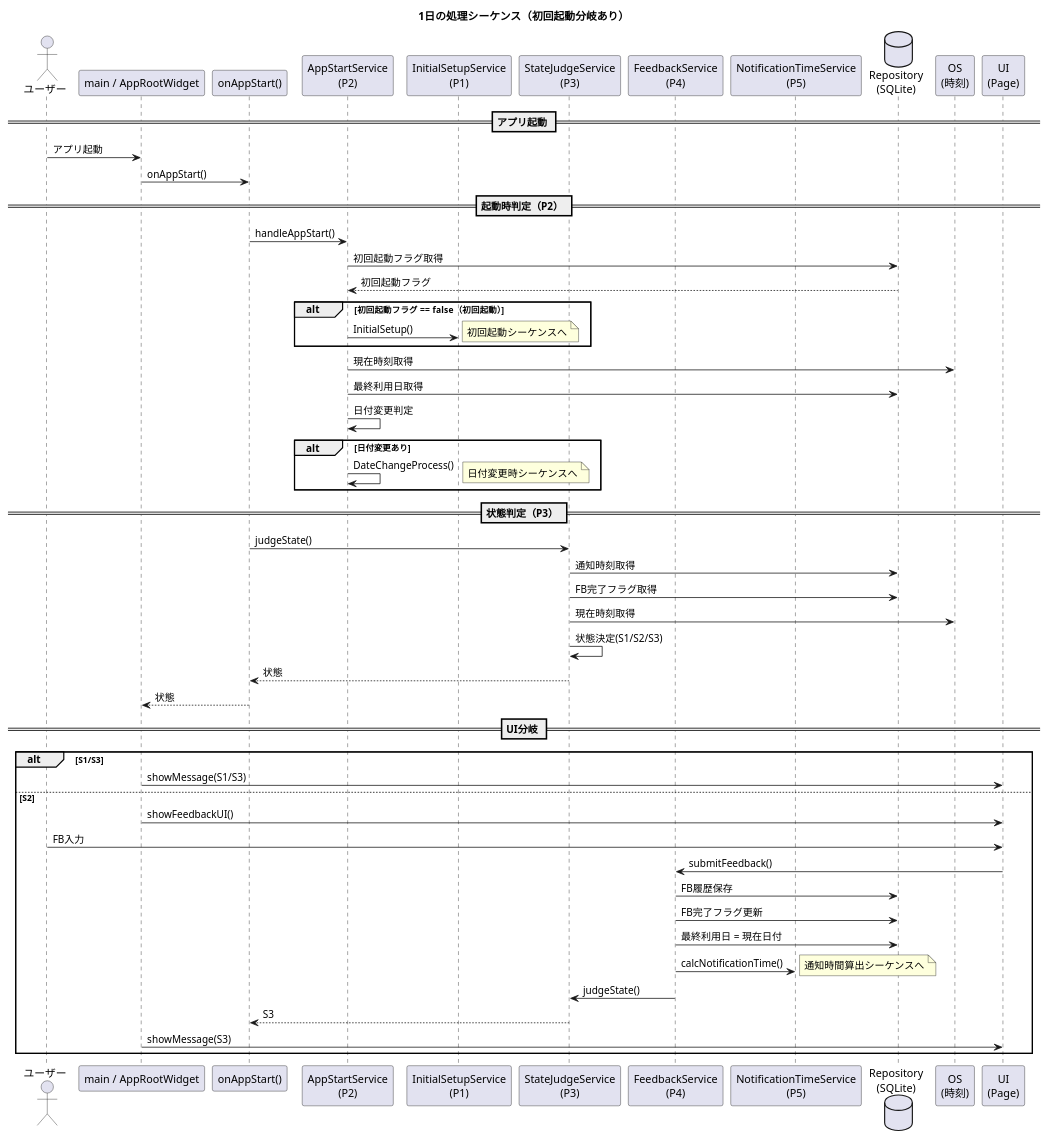
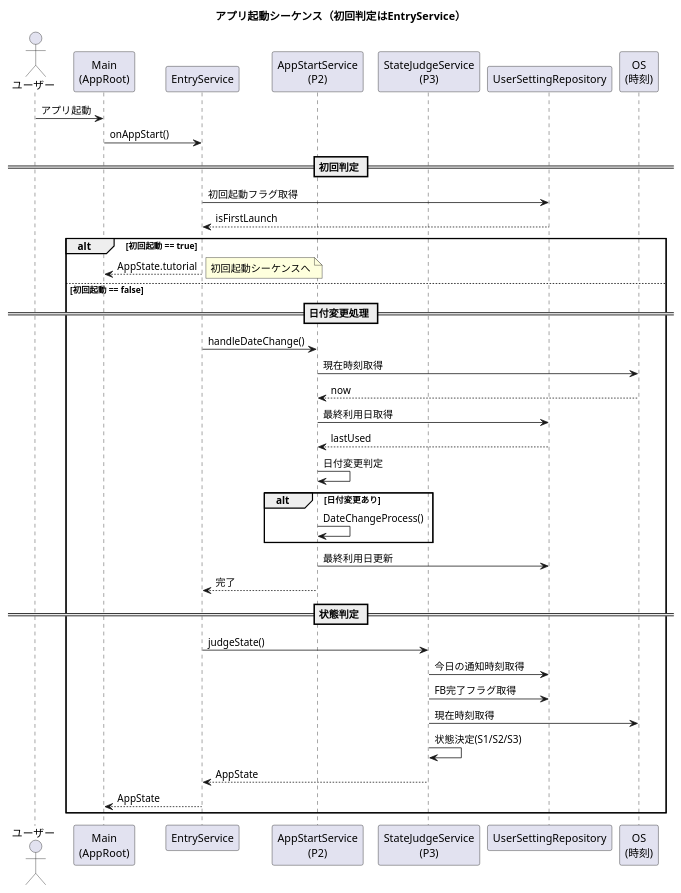
Before and after one commit to akamatrixxx/justtime: the diagram in assets/specifications/詳細設計/シーケンス図/01_アプリ起動時シーケンス.pu, drawn with PlantUML. The commit also changed 6 other files, not shown here.

```diff
--- a/assets/specifications/詳細設計/シーケンス図/01_アプリ起動時シーケンス.pu
+++ b/assets/specifications/詳細設計/シーケンス図/01_アプリ起動時シーケンス.pu
@@ -1,82 +1,60 @@
 @startuml
-title 1日の処理シーケンス（初回起動分岐あり）
+title アプリ起動シーケンス（初回判定はEntryService）
 
 actor ユーザー
-participant "main / AppRootWidget" as Main
-participant "onAppStart()" as Entry
+participant "Main\n(AppRoot)" as Main
+participant "EntryService" as Entry
+
 participant "AppStartService\n(P2)" as P2
-participant "InitialSetupService\n(P1)" as P1
 participant "StateJudgeService\n(P3)" as P3
-participant "FeedbackService\n(P4)" as P4
-participant "NotificationTimeService\n(P5)" as P5
-' participant "NotificationService\n(P6)" as P6
-database "Repository\n(SQLite)" as DB
+participant "UserSettingRepository" as UserRepo
 participant "OS\n(時刻)" as OS_Time
-' participant "OS\n(通知)" as OS_Notify
-participant "UI\n(Page)" as UI
 
-== アプリ起動 ==
 ユーザー -> Main : アプリ起動
 Main -> Entry : onAppStart()
 
-== 起動時判定（P2） ==
-Entry -> P2 : handleAppStart()
+== 初回判定 ==
 
-P2 -> DB : 初回起動フラグ取得
-DB --> P2 : 初回起動フラグ
+Entry -> UserRepo : 初回起動フラグ取得
+UserRepo --> Entry : isFirstLaunch
 
-alt 初回起動フラグ == false（初回起動）
-  P2 -> P1 : InitialSetup()
-  note right
-  初回起動シーケンスへ
-  end note
-end
-  P2 -> OS_Time : 現在時刻取得
-  P2 -> DB : 最終利用日取得
-  P2 -> P2 : 日付変更判定
+alt 初回起動 == true
+    Entry --> Main : AppState.tutorial
+    note right
+    初回起動シーケンスへ
+    end note
+else 初回起動 == false
 
-  alt 日付変更あり
-    P2 -> P2 : DateChangeProcess()
-    note right
-    日付変更時シーケンスへ
-    end note
-  end
+    == 日付変更処理 ==
 
+    Entry -> P2 : handleDateChange()
 
-== 状態判定（P3） ==
-Entry -> P3 : judgeState()
+    P2 -> OS_Time : 現在時刻取得
+    OS_Time --> P2 : now
 
-P3 -> DB : 通知時刻取得
-P3 -> DB : FB完了フラグ取得
-P3 -> OS_Time : 現在時刻取得
-P3 -> P3 : 状態決定(S1/S2/S3)
-P3 --> Entry : 状態
-Entry --> Main : 状態
+    P2 -> UserRepo : 最終利用日取得
+    UserRepo --> P2 : lastUsed
 
-== UI分岐 ==
-alt S1/S3
-  Main -> UI : showMessage(S1/S3)
+    P2 -> P2 : 日付変更判定
 
-else S2
-  Main -> UI : showFeedbackUI()
-  ユーザー -> UI : FB入力
-  UI -> P4 : submitFeedback()
+    alt 日付変更あり
+        P2 -> P2 : DateChangeProcess()
+    end
 
-  P4 -> DB : FB履歴保存
-  P4 -> DB : FB完了フラグ更新
-  P4 -> DB : 最終利用日 = 現在日付
+    P2 -> UserRepo : 最終利用日更新
+    P2 --> Entry : 完了
 
-  P4 -> P5 : calcNotificationTime()
-  note right
-  通知時間算出シーケンスへ
-  end note
-  ' P5 -> DB : 翌日通知時刻保存
-  ' P5 -> P6 : registerNotification()
-  ' P6 -> OS_Notify : 通知スケジュール
+    == 状態判定 ==
 
-  P4 -> P3 : judgeState()
-  P3 --> Entry : S3
-  Main -> UI : showMessage(S3)
+    Entry -> P3 : judgeState()
+
+    P3 -> UserRepo : 今日の通知時刻取得
+    P3 -> UserRepo : FB完了フラグ取得
+    P3 -> OS_Time : 現在時刻取得
+    P3 -> P3 : 状態決定(S1/S2/S3)
+
+    P3 --> Entry : AppState
+    Entry --> Main : AppState
 end
 
 @enduml
```
